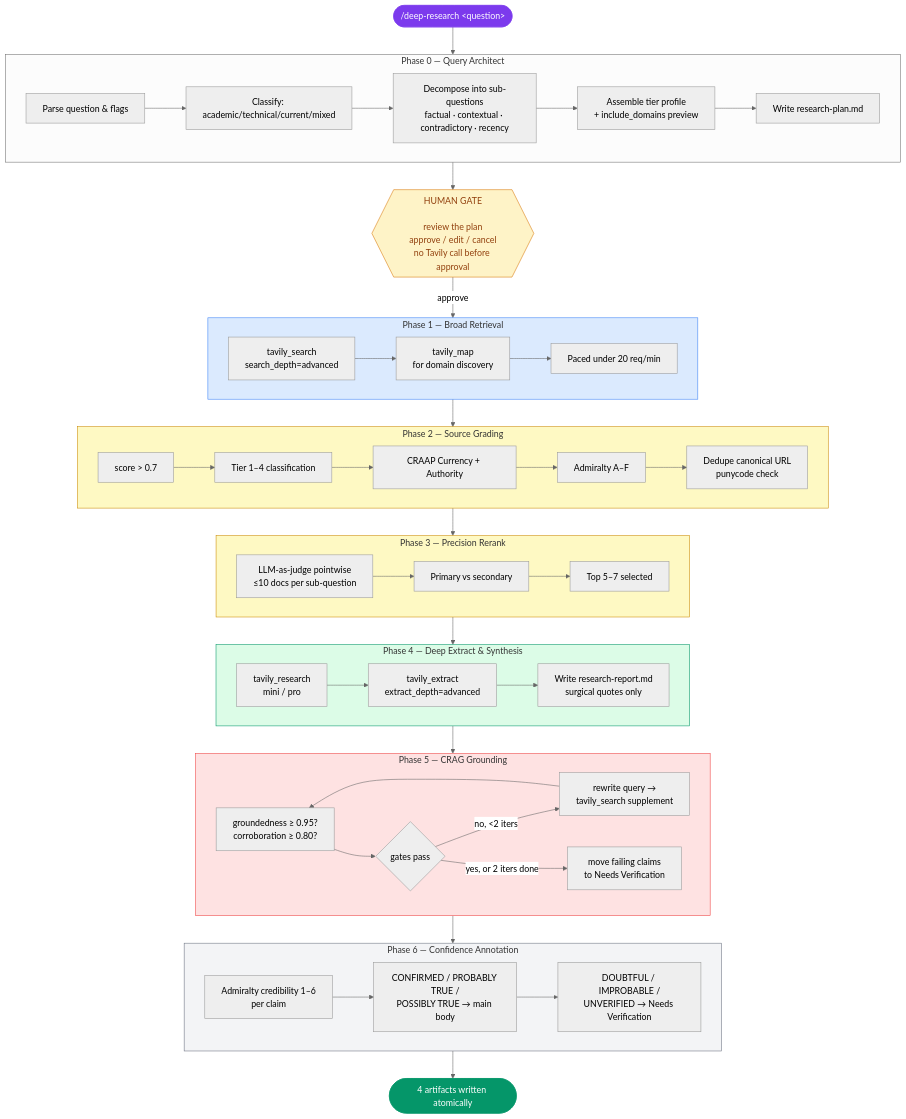
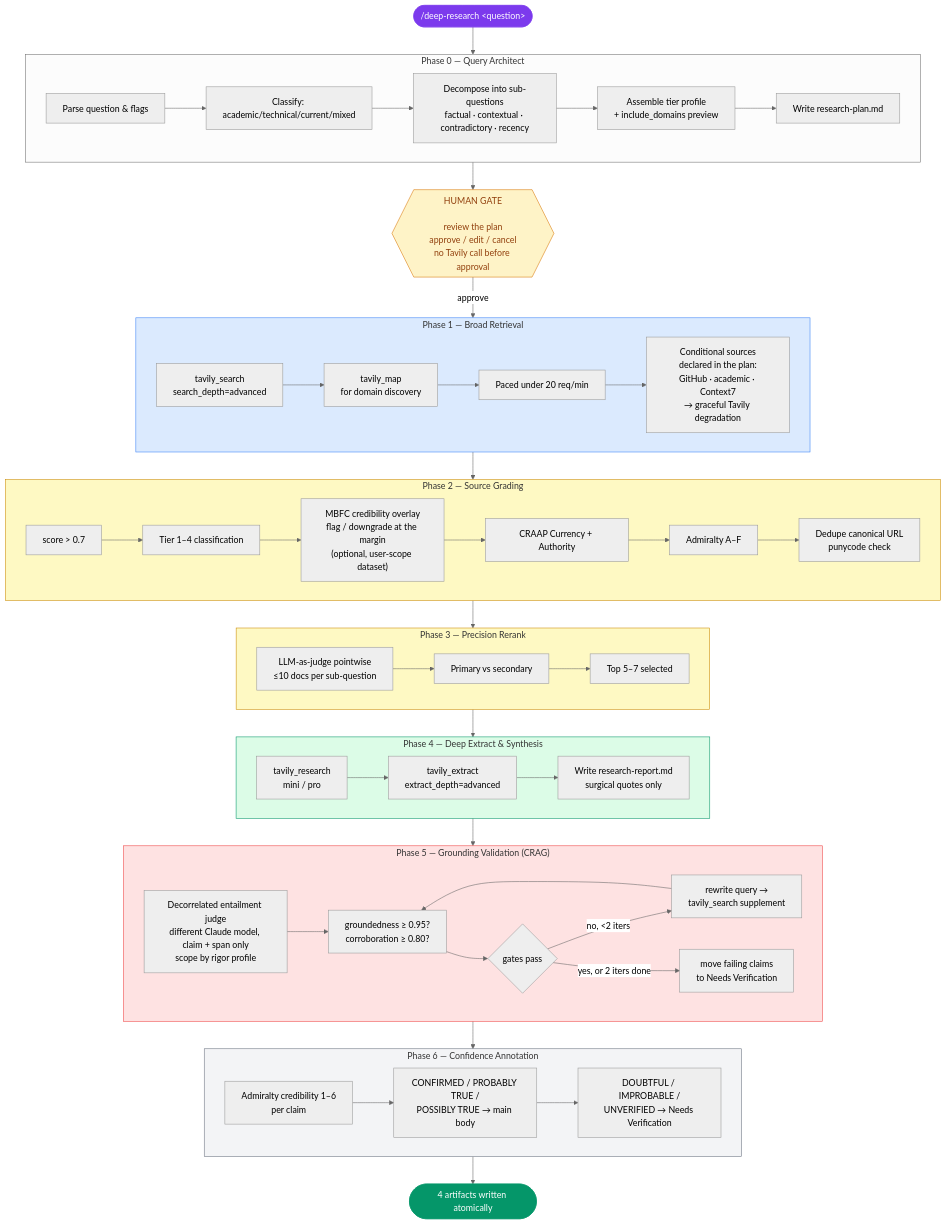
The first of 3 diagrams in README.md (hashbulla/deep-research), drawn with Mermaid (neutral theme) before and after one commit. The commit also changed other lines of this file and 1 other file, not shown here.

````diff
--- a/README.md
+++ b/README.md
@@ -163,78 +164,81 @@
 ```mermaid
 flowchart TD
     Start(["/deep-research &lt;question&gt;"]) --> P0
 
     subgraph P0["Phase 0 — Query Architect"]
         B1[Parse question & flags] --> B2[Classify: academic/technical/current/mixed]
         B2 --> B3[Decompose into sub-questions<br/>factual · contextual · contradictory · recency]
         B3 --> B4[Assemble tier profile<br/>+ include_domains preview]
         B4 --> B5[Write research-plan.md]
     end
 
     P0 --> G1
 
     G1{{"HUMAN GATE\n\nreview the plan\napprove / edit / cancel\nno Tavily call before approval"}}
     G1 -- "approve" --> P1
 
     subgraph P1["Phase 1 — Broad Retrieval"]
         direction LR
         R1["tavily_search<br/>search_depth=advanced"] --> R2["tavily_map<br/>for domain discovery"]
         R2 --> R3["Paced under 20 req/min"]
+        R3 --> R4["Conditional sources<br/>declared in the plan:<br/>GitHub · academic · Context7<br/>→ graceful Tavily degradation"]
     end
 
     P1 --> P2
 
     subgraph P2["Phase 2 — Source Grading"]
         direction LR
         S1["score &gt; 0.7"] --> S2["Tier 1–4 classification"]
-        S2 --> S3["CRAAP Currency + Authority"]
+        S2 --> S2b["MBFC credibility overlay<br/>flag / downgrade at the margin<br/>(optional, user-scope dataset)"]
+        S2b --> S3["CRAAP Currency + Authority"]
         S3 --> S4["Admiralty A–F"]
         S4 --> S5["Dedupe canonical URL<br/>punycode check"]
     end
 
     P2 --> P3
 
     subgraph P3["Phase 3 — Precision Rerank"]
         direction LR
         J1["LLM-as-judge pointwise<br/>≤10 docs per sub-question"] --> J2["Primary vs secondary"]
         J2 --> J3["Top 5–7 selected"]
     end
 
     P3 --> P4
 
     subgraph P4["Phase 4 — Deep Extract & Synthesis"]
         direction LR
         E1["tavily_research<br/>mini / pro"] --> E2["tavily_extract<br/>extract_depth=advanced"]
         E2 --> E3["Write research-report.md<br/>surgical quotes only"]
     end
 
     P4 --> P5
 
-    subgraph P5["Phase 5 — CRAG Grounding"]
+    subgraph P5["Phase 5 — Grounding Validation (CRAG)"]
         direction LR
-        C1["groundedness ≥ 0.95?<br/>corroboration ≥ 0.80?"] --> C2{gates pass}
+        C0["Decorrelated entailment judge<br/>different Claude model, claim + span only<br/>scope by rigor profile"] --> C1["groundedness ≥ 0.95?<br/>corroboration ≥ 0.80?"]
+        C1 --> C2{gates pass}
         C2 -- "no, &lt;2 iters" --> Req["rewrite query →<br/>tavily_search supplement"]
         Req --> C1
         C2 -- "yes, or 2 iters done" --> C3["move failing claims<br/>to Needs Verification"]
     end
 
     P5 --> P6
 
     subgraph P6["Phase 6 — Confidence Annotation"]
         direction LR
         Z1["Admiralty credibility 1–6<br/>per claim"] --> Z2["CONFIRMED / PROBABLY TRUE /<br/>POSSIBLY TRUE → main body"]
         Z2 --> Z3["DOUBTFUL / IMPROBABLE /<br/>UNVERIFIED → Needs Verification"]
     end
 
     P6 --> Done(["4 artifacts written atomically"])
 
     style G1 fill:#FEF3C7,stroke:#D97706,color:#92400E
     style P1 fill:#DBEAFE,stroke:#3B82F6
     style P2 fill:#FEF9C3,stroke:#CA8A04
     style P3 fill:#FEF9C3,stroke:#CA8A04
     style P4 fill:#DCFCE7,stroke:#059669
     style P5 fill:#FEE2E2,stroke:#EF4444
     style P6 fill:#F3F4F6,stroke:#6B7280
     style Start fill:#7C3AED,stroke:#7C3AED,color:#fff
     style Done fill:#059669,stroke:#059669,color:#fff
 ```
````
